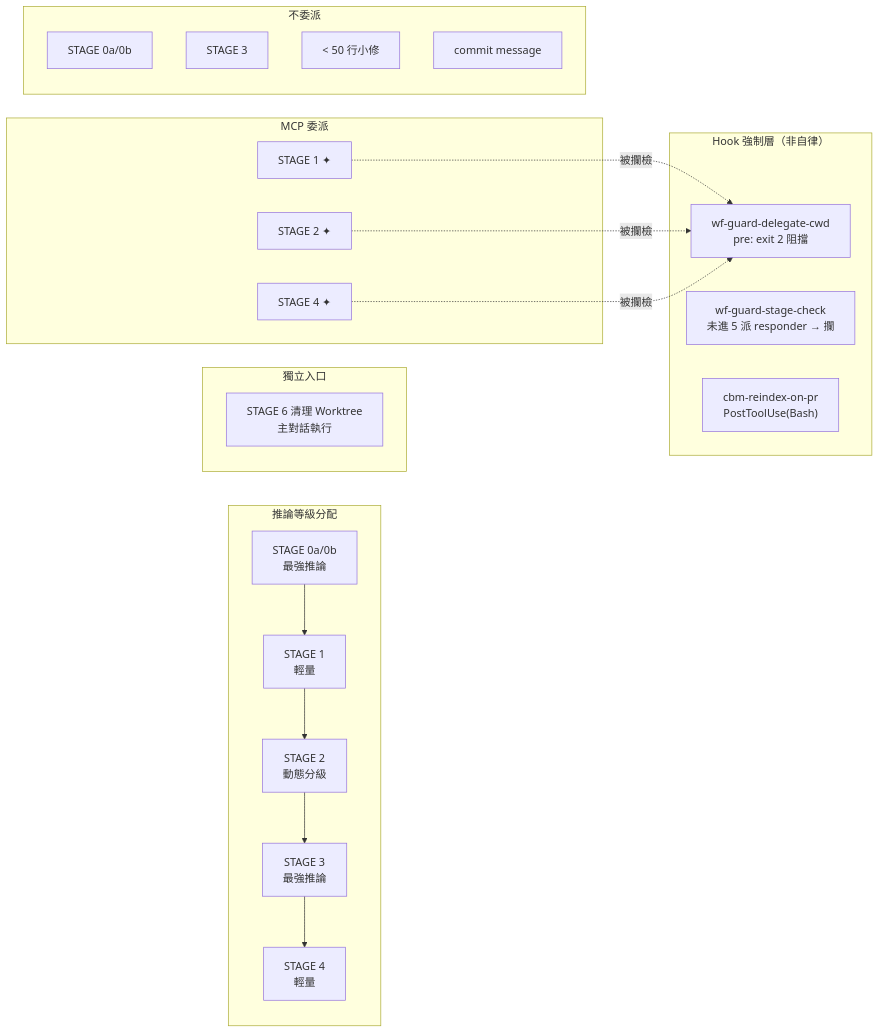
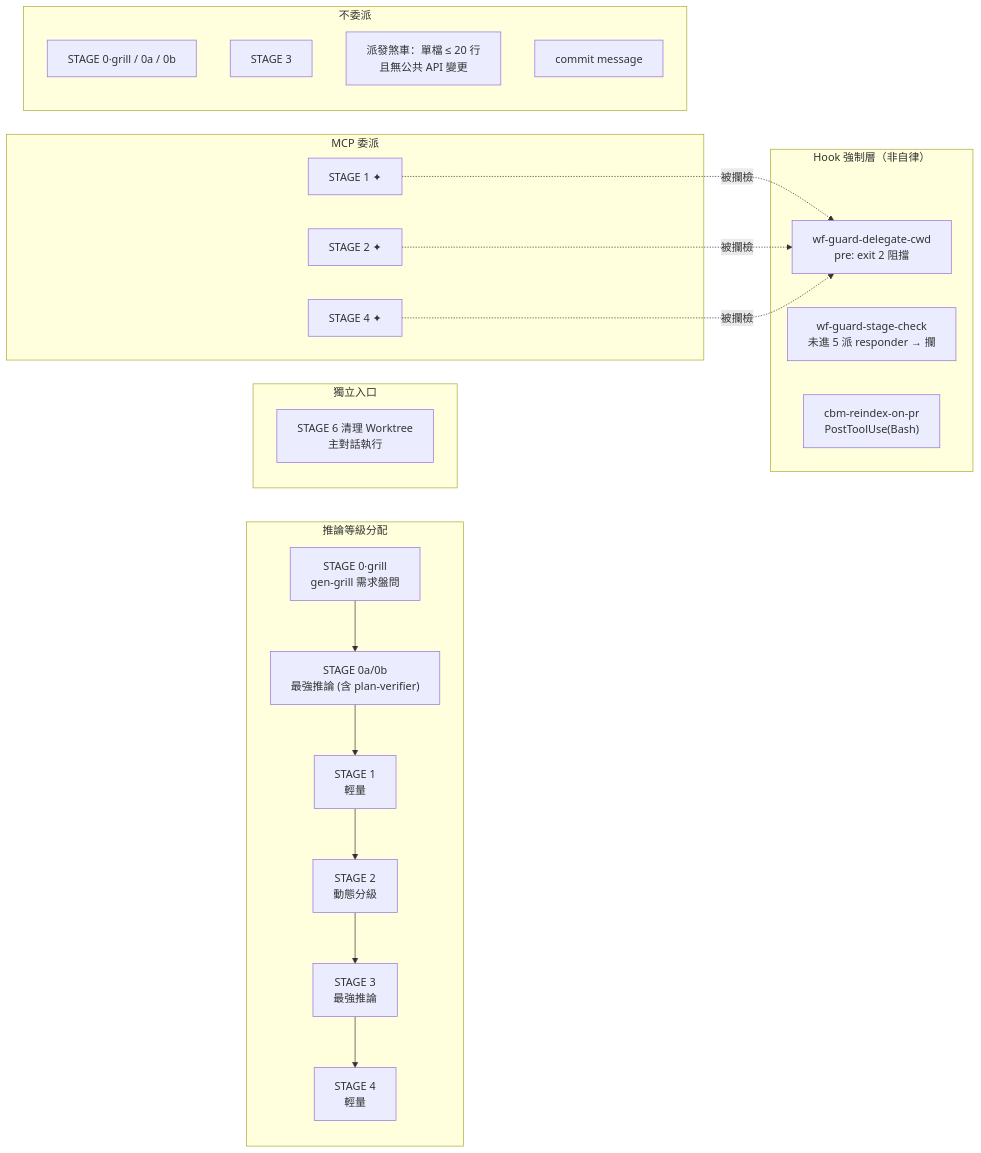
The diagram in flutter_restaruant/flutter_restaruant/docs/architecture/2026-08-12-gen-dev-workflow-analysis.md (Yomiamy/Finding-Restaurant-Flutter), drawn with Mermaid before and after one commit. The commit also changed other lines of this file, not shown here.

````diff
--- a/flutter_restaruant/flutter_restaruant/docs/architecture/2026-08-12-gen-dev-workflow-analysis.md
+++ b/flutter_restaruant/flutter_restaruant/docs/architecture/2026-08-12-gen-dev-workflow-analysis.md
@@ -294,36 +308,37 @@
 ```mermaid
 graph LR
     subgraph "推論等級分配"
-        A["STAGE 0a/0b<br/>最強推論"] --> B["STAGE 1<br/>輕量"]
+        G0["STAGE 0·grill<br/>gen-grill 需求盤問"] --> A["STAGE 0a/0b<br/>最強推論 (含 plan-verifier)"]
+        A --> B["STAGE 1<br/>輕量"]
         B --> C["STAGE 2<br/>動態分級"]
         C --> D["STAGE 3<br/>最強推論"]
         D --> E["STAGE 4<br/>輕量"]
     end
 
     subgraph "獨立入口"
         E6["STAGE 6 清理 Worktree<br/>主對話執行"]
     end
 
     subgraph "MCP 委派"
         B2["STAGE 1 ✦"] 
         C2["STAGE 2 ✦"]
         E2["STAGE 4 ✦"]
     end
 
     subgraph "不委派"
-        A2["STAGE 0a/0b"]
+        A2["STAGE 0·grill / 0a / 0b"]
         D2["STAGE 3"]
-        F2["< 50 行小修"]
+        F2["派發煞車：單檔 ≤ 20 行<br/>且無公共 API 變更"]
         G2["commit message"]
     end
 
     subgraph "Hook 強制層（非自律）"
         H1["wf-guard-delegate-cwd<br/>pre: exit 2 阻擋"]
         H2["wf-guard-stage-check<br/>未進 5 派 responder → 攔"]
         H3["cbm-reindex-on-pr<br/>PostToolUse(Bash)"]
     end
 
     B2 -.被攔檢.-> H1
     C2 -.被攔檢.-> H1
     E2 -.被攔檢.-> H1
 ```
````
